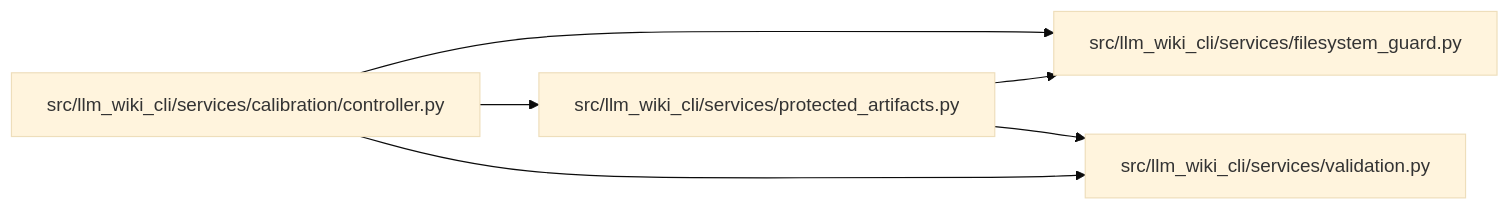
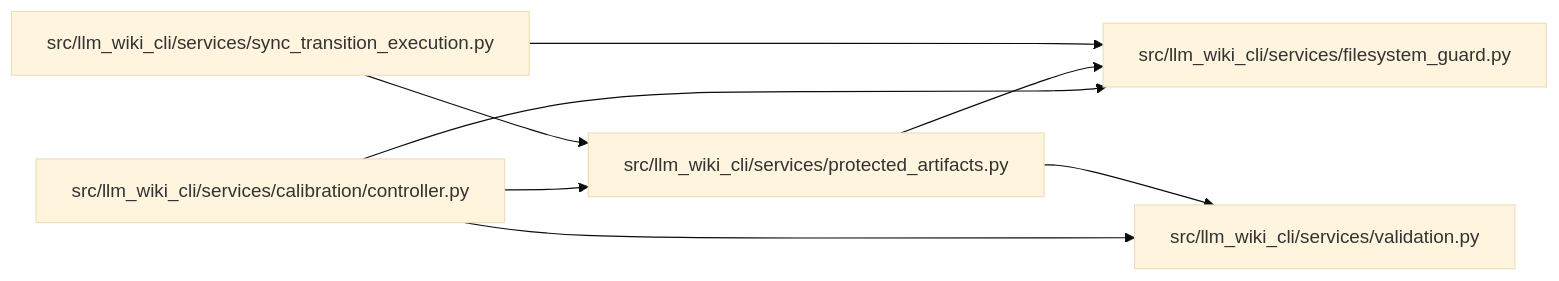
The diagram in docs/llm_wiki/modules/protected_artifacts.md (Denissvgn/python-wiki-llm), drawn with Mermaid (base theme) before and after one commit. The commit also changed other lines of this file and 258 other files, not shown here.

````diff
--- a/docs/llm_wiki/modules/protected_artifacts.md
+++ b/docs/llm_wiki/modules/protected_artifacts.md
@@ -43,16 +43,20 @@
 ```mermaid
 flowchart LR
     n0["src/llm_wiki_cli/services/calibration/controller.py"]
     n1["src/llm_wiki_cli/services/filesystem_guard.py"]
     n2["src/llm_wiki_cli/services/protected_artifacts.py"]
-    n3["src/llm_wiki_cli/services/validation.py"]
+    n3["src/llm_wiki_cli/services/sync_transition_execution.py"]
+    n4["src/llm_wiki_cli/services/validation.py"]
     n0 --> n1
     n0 --> n2
-    n0 --> n3
+    n0 --> n4
     n2 --> n1
-    n2 --> n3
+    n2 --> n4
+    n3 --> n1
+    n3 --> n2
     click n0 "../modules/controller.md"
     click n1 "../modules/filesystem_guard.md"
     click n2 "../modules/protected_artifacts.md"
-    click n3 "../modules/validation.md"
+    click n3 "../modules/sync_transition_execution.md"
+    click n4 "../modules/validation.md"
 ```
````
